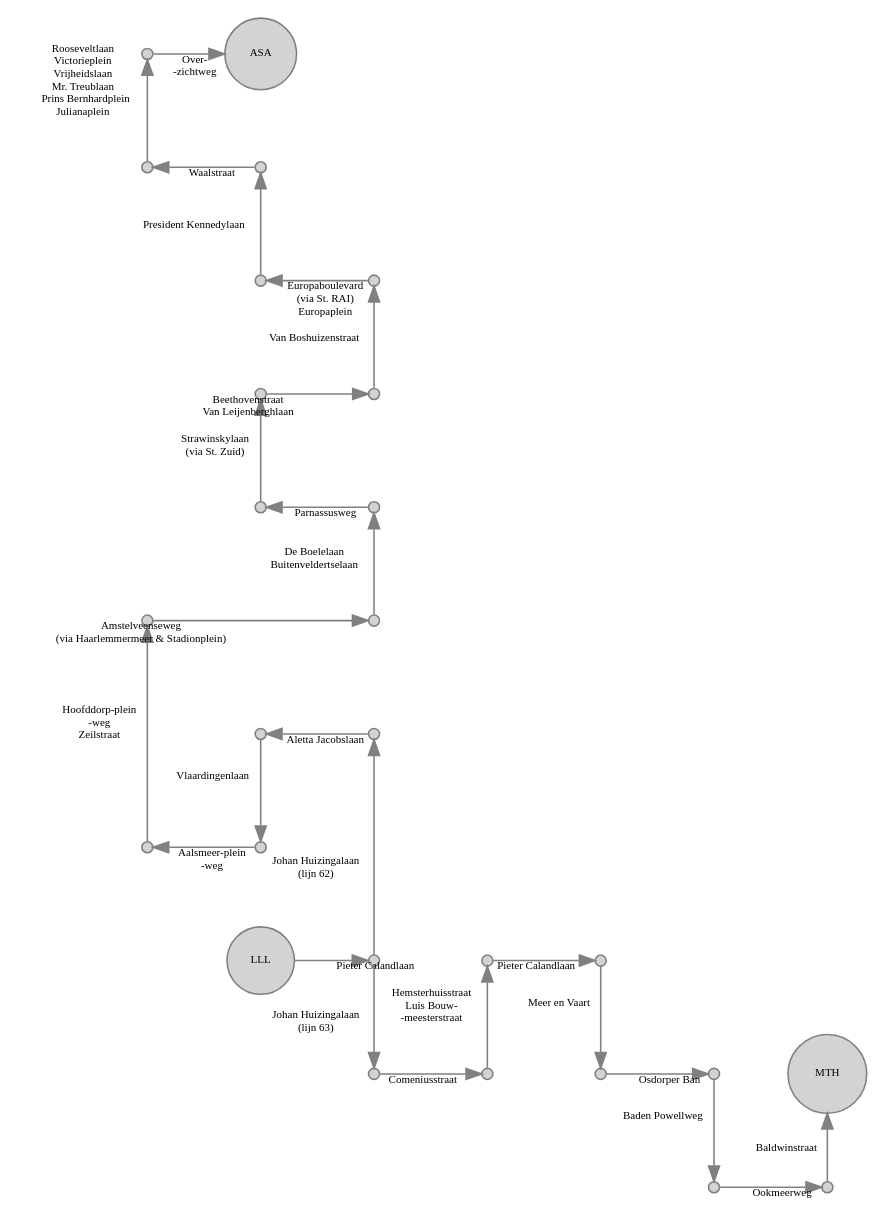
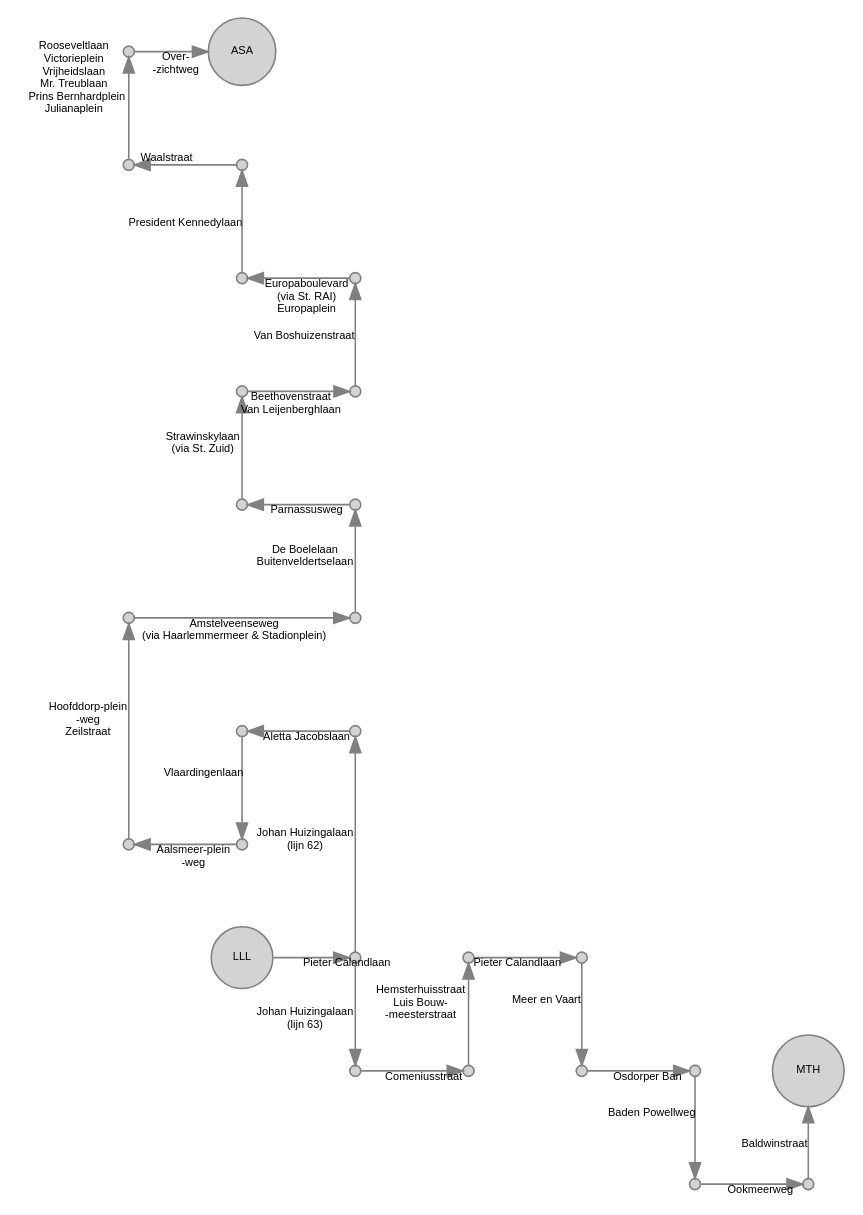
Before and after one commit to JacekPardyak/bus: the diagram in gvb/gvb_LLL.gv, drawn with Graphviz. The commit also changed 14 other files, not shown here.

```diff
--- a/gvb/gvb_LLL.gv
+++ b/gvb/gvb_LLL.gv
@@ -1,82 +1,82 @@
 digraph G {
   layout = neato
-  node [shape = circle, style = filled, fillcolor = lightgray, color=gray, height=0.1, label = "", fontsize = 7]
-  edge [color=gray, fontsize = 7]
+  node [shape = circle, style = filled, fillcolor = lightgray, color=gray, height=0.1, label = "", fontsize = 7, fontname = "Arial"]
+  edge [color=gray, fontsize = 7, fontname = "Arial"]
 
   # lijn 63
   6300 [pos = "0, 0!", label = "LLL"]
   6301 [pos = "1, 0!"]
   6302 [pos = "1,-1!"]
   6303 [pos = "2,-1!"]
   6304 [pos = "2, 0!"]
   6305 [pos = "3, 0!"]
   6306 [pos = "3,-1!"]
   6307 [pos = "4,-1!"]
   6308 [pos = "4,-2!"]
   6309 [pos = "5,-2!"]
   6310 [pos = "5,-1!", label = "MTH"]
 
   6202 [pos = " 1, 2!"]
   6203 [pos = " 0, 2!"]
   6204 [pos = " 0, 1!"]
   6205 [pos = "-1, 1!"]
   6206 [pos = "-1, 3!"]
   6207 [pos = " 1, 3!"]
   6208 [pos = " 1, 4!"]
   6209 [pos = " 0, 4!"]
   6210 [pos = " 0, 5!"]
   6211 [pos = " 1, 5!"]
   6212 [pos = " 1, 6!"]
   6213 [pos = " 0, 6!"]
   6214 [pos = " 0, 7!"]
   6215 [pos = "-1, 7!"]
   6216 [pos = "-1, 8!"]
   6217 [pos = " 0, 8!", label = "ASA"]
 
   6300 -> 6301 [label = "Pieter Calandlaan"]
   6301 -> 6302 [label = "Johan Huizingalaan 
  (lijn 63)"]
   6302 -> 6303 [label = "Comeniusstraat"]
   6303 -> 6304 [label = "Hemsterhuisstraat 
  Luis Bouw-
 -meesterstraat"]
   6304 -> 6305 [label = "Pieter Calandlaan"]
   6305 -> 6306 [label = "Meer en Vaart"]
   6306 -> 6307 [label = "Osdorper Ban"]
   6307 -> 6308 [label = "Baden Powellweg"]
   6308 -> 6309 [label = "Ookmeerweg"]
   6309 -> 6310 [label = "Baldwinstraat"]
 
   6301 -> 6202 [label = "Johan Huizingalaan 
  (lijn 62)"]
   6202 -> 6203 [label = "Aletta Jacobslaan"]
   6203 -> 6204 [label = "Vlaardingenlaan"]
   6204 -> 6205 [label = "Aalsmeer-plein 
  -weg"]
   6205 -> 6206 [label = "Hoofddorp-plein 
  -weg 
  Zeilstraat"]
   6206 -> 6207 [label = "Amstelveenseweg 
  (via Haarlemmermeer & Stadionplein)"]
   6207 -> 6208 [label = "De Boelelaan 
  Buitenveldertselaan"]
   6208 -> 6209 [label = "Parnassusweg"]
   6209 -> 6210 [label = "Strawinskylaan 
  (via St. Zuid)"]
   6210 -> 6211 [label = "Beethovenstraat 
  Van Leijenberghlaan"]
   6211 -> 6212 [label = "Van Boshuizenstraat"]
   6212 -> 6213 [label = "Europaboulevard 
  (via St. RAI) 
  Europaplein"]
   6213 -> 6214 [label = "President Kennedylaan"]
   6214 -> 6215 [label = "Waalstraat"]
   6215 -> 6216 [label = "Rooseveltlaan 
 Victorieplein 
 Vrijheidslaan 
 Mr. Treublaan 
  &nbsp; Prins Bernhardplein 
 Julianaplein"]
   6216 -> 6217 [label = "Over-
 -zichtweg"]
 }
```
